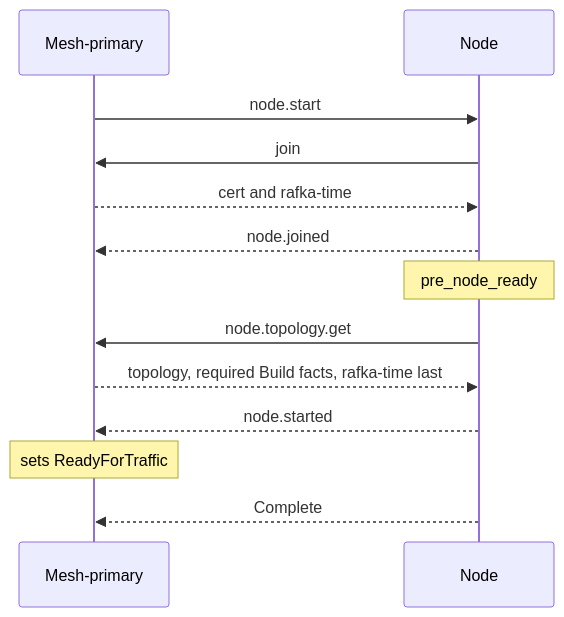
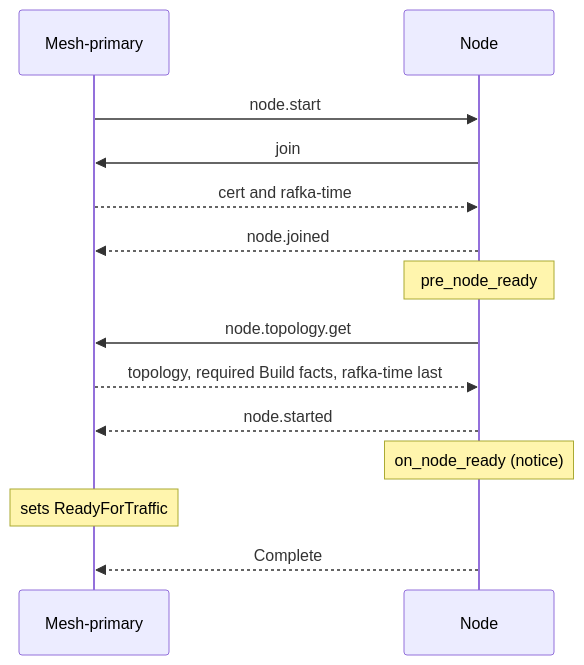
The diagram in docs/architecture/lifecycles/node-start.md (drlukeangel/rust-distributed-mesh), drawn with Mermaid before and after one commit. The commit also changed other lines of this file and 19 other files, not shown here.

````diff
--- a/docs/architecture/lifecycles/node-start.md
+++ b/docs/architecture/lifecycles/node-start.md
@@ -84,15 +87,16 @@
 ```mermaid
 sequenceDiagram
     participant M as Mesh-primary
     participant N as Node
     M->>N: node.start
     N->>M: join
     M-->>N: cert and rafka-time
     N-->>M: node.joined
     Note over N: pre_node_ready
     N->>M: node.topology.get
     M-->>N: topology, required Build facts, rafka-time last
     N-->>M: node.started
+    Note over N: on_node_ready (notice)
     Note over M: sets ReadyForTraffic
     N-->>M: Complete
 ```
````
